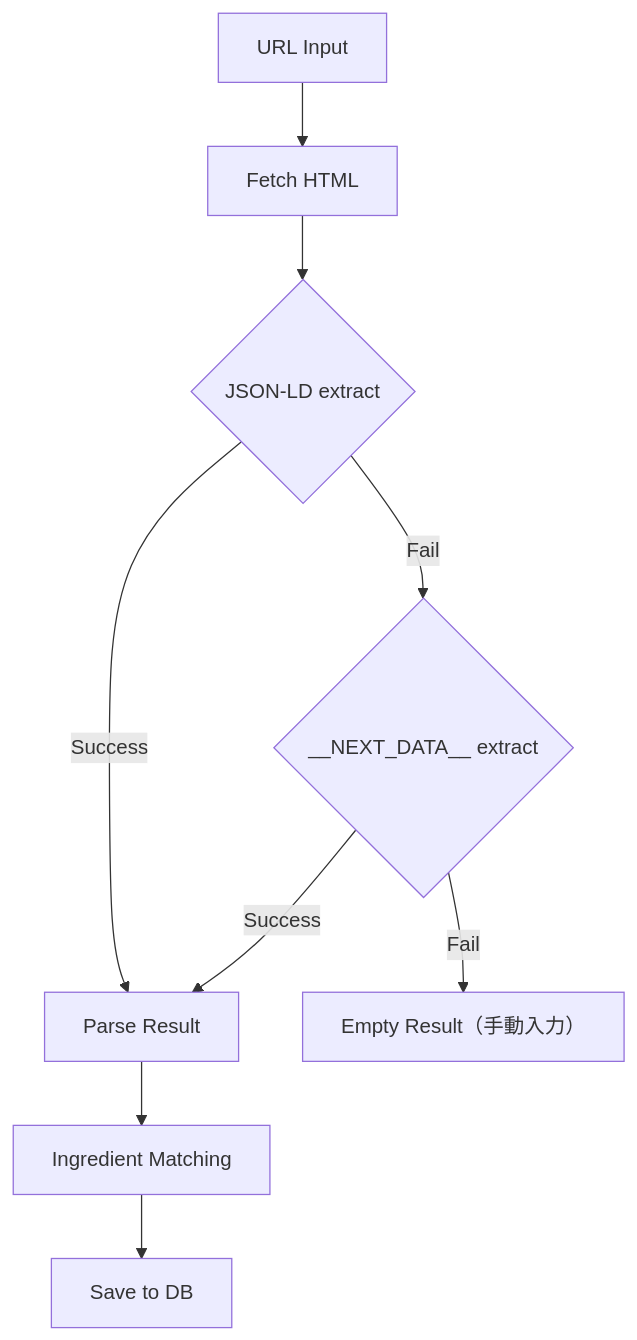
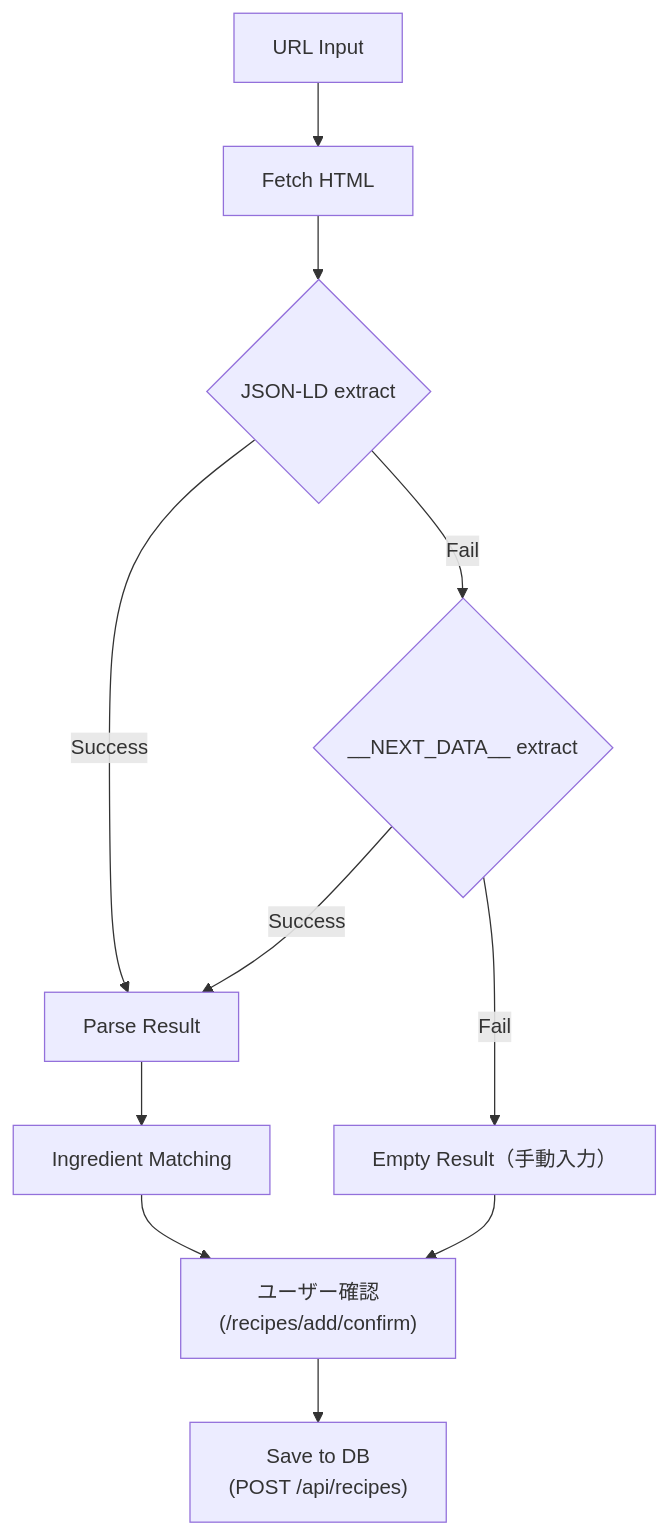
One commit to mktu/recipe-app changed the eighth of 10 diagrams in docs/ARCHITECTURE.md. Above: the diagram before and after it, drawn with Mermaid.

Commit message:
docs: レシピ解析フロー図にユーザー確認ステップを追加
Ingredient Matching → Save to DB が直結していたが、実際には
/recipes/add/confirm でのユーザー確認を経てから POST /api/recipes で
保存される。誤解を招く表現を修正。

````diff
--- a/docs/ARCHITECTURE.md
+++ b/docs/ARCHITECTURE.md
@@ -431,14 +431,16 @@
 ```mermaid
 graph TB
     Start["URL Input"] --> Fetch["Fetch HTML"]
 
     Fetch --> Strategy1{"JSON-LD extract"}
     Strategy1 -->|Success| Result["Parse Result"]
     Strategy1 -->|Fail| Strategy2{"__NEXT_DATA__ extract"}
 
     Strategy2 -->|Success| Result
     Strategy2 -->|Fail| Empty["Empty Result（手動入力）"]
 
     Result --> Match["Ingredient Matching"]
-    Match --> Save["Save to DB"]
+    Empty --> Confirm
+    Match --> Confirm["ユーザー確認\n(/recipes/add/confirm)"]
+    Confirm --> Save["Save to DB\n(POST /api/recipes)"]
 ```
````
